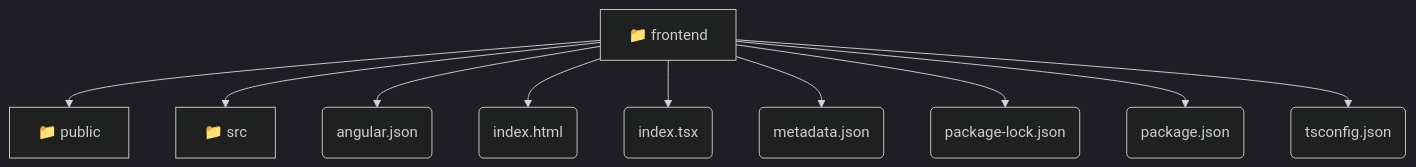
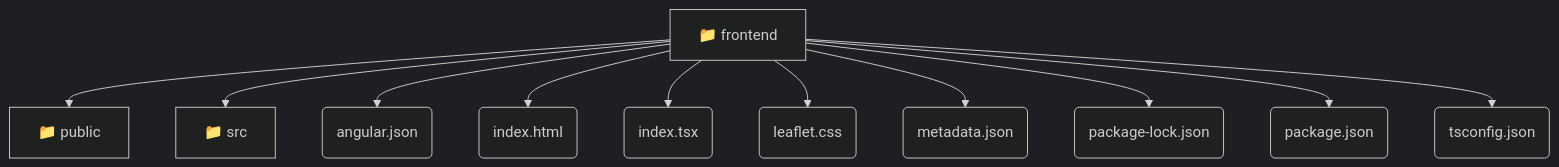
One commit to beginwebdev2002/fullstack-mavluda changed the diagram in frontend/README.md. Above: the diagram before and after it, drawn with Mermaid (dark theme). The commit also changed other lines of this file and 155 other files, not shown here.

````diff
--- a/frontend/README.md
+++ b/frontend/README.md
@@ -9,13 +9,14 @@
 ```mermaid
 graph TD
   frontend[📁 frontend]
-  frontend --> public[📁 public]
-  frontend --> src[📁 src]
-  frontend --> angular_json(angular.json)
-  frontend --> index_html(index.html)
-  frontend --> index_tsx(index.tsx)
-  frontend --> metadata_json(metadata.json)
-  frontend --> package_lock_json(package-lock.json)
-  frontend --> package_json(package.json)
-  frontend --> tsconfig_json(tsconfig.json)
+  frontend --> frontend_public[📁 public]
+  frontend --> frontend_src[📁 src]
+  frontend --> frontend_angular_json(angular.json)
+  frontend --> frontend_index_html(index.html)
+  frontend --> frontend_index_tsx(index.tsx)
+  frontend --> frontend_leaflet_css(leaflet.css)
+  frontend --> frontend_metadata_json(metadata.json)
+  frontend --> frontend_package_lock_json(package-lock.json)
+  frontend --> frontend_package_json(package.json)
+  frontend --> frontend_tsconfig_json(tsconfig.json)
 ```
````
